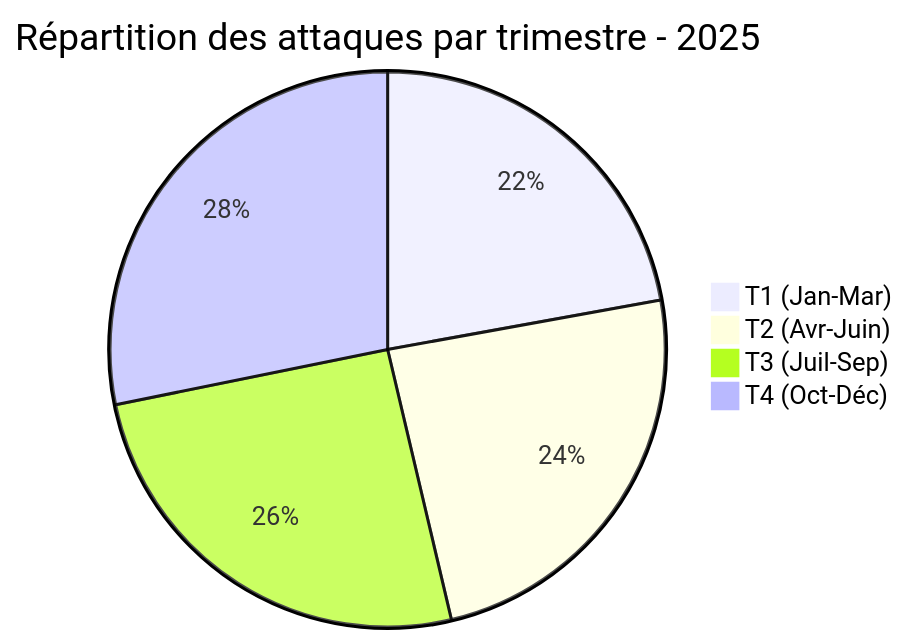
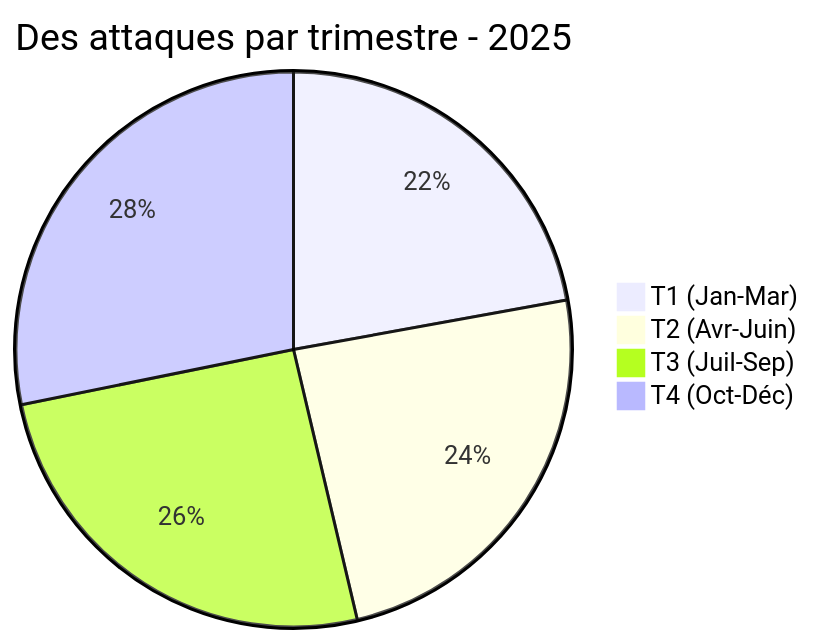
The third of 10 diagrams in statistics/2025/README_FR.md (Hatchepsoute/AFRINTEL), drawn with Mermaid before and after one commit. The commit also changed other lines of this file, not shown here.

````diff
--- a/statistics/2025/README_FR.md
+++ b/statistics/2025/README_FR.md
@@ -74,7 +75,7 @@
 ```mermaid
-pie title Répartition des attaques par trimestre - 2025
+pie title Des attaques par trimestre - 2025
     "T1 (Jan-Mar)" : 33
     "T2 (Avr-Juin)" : 36
     "T3 (Juil-Sep)" : 38
     "T4 (Oct-Déc)" : 42
 ```
````
